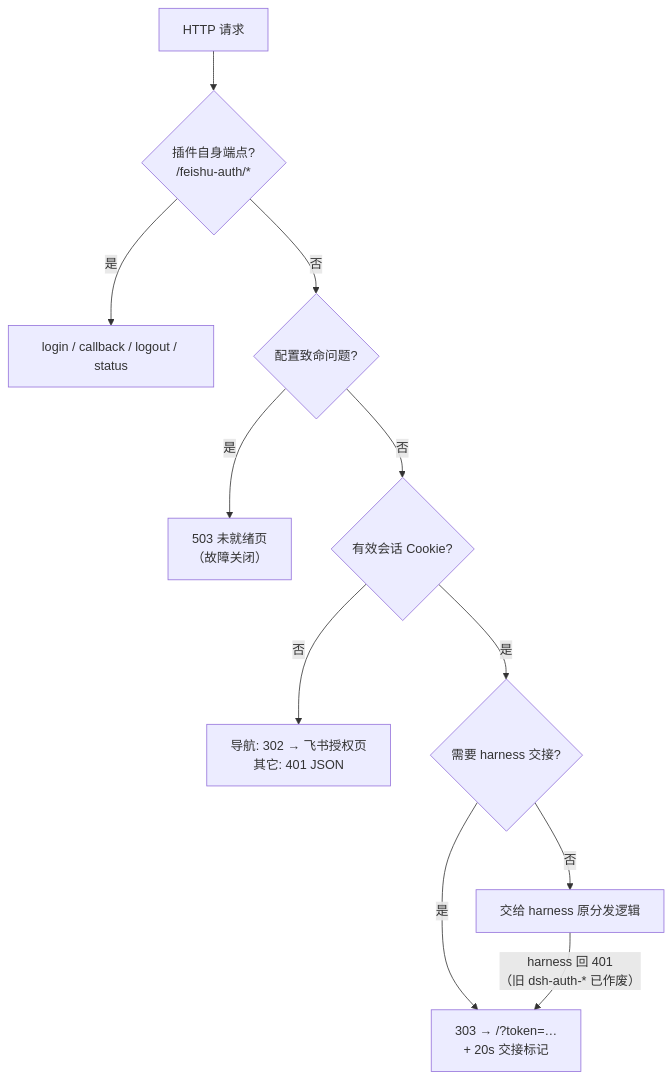
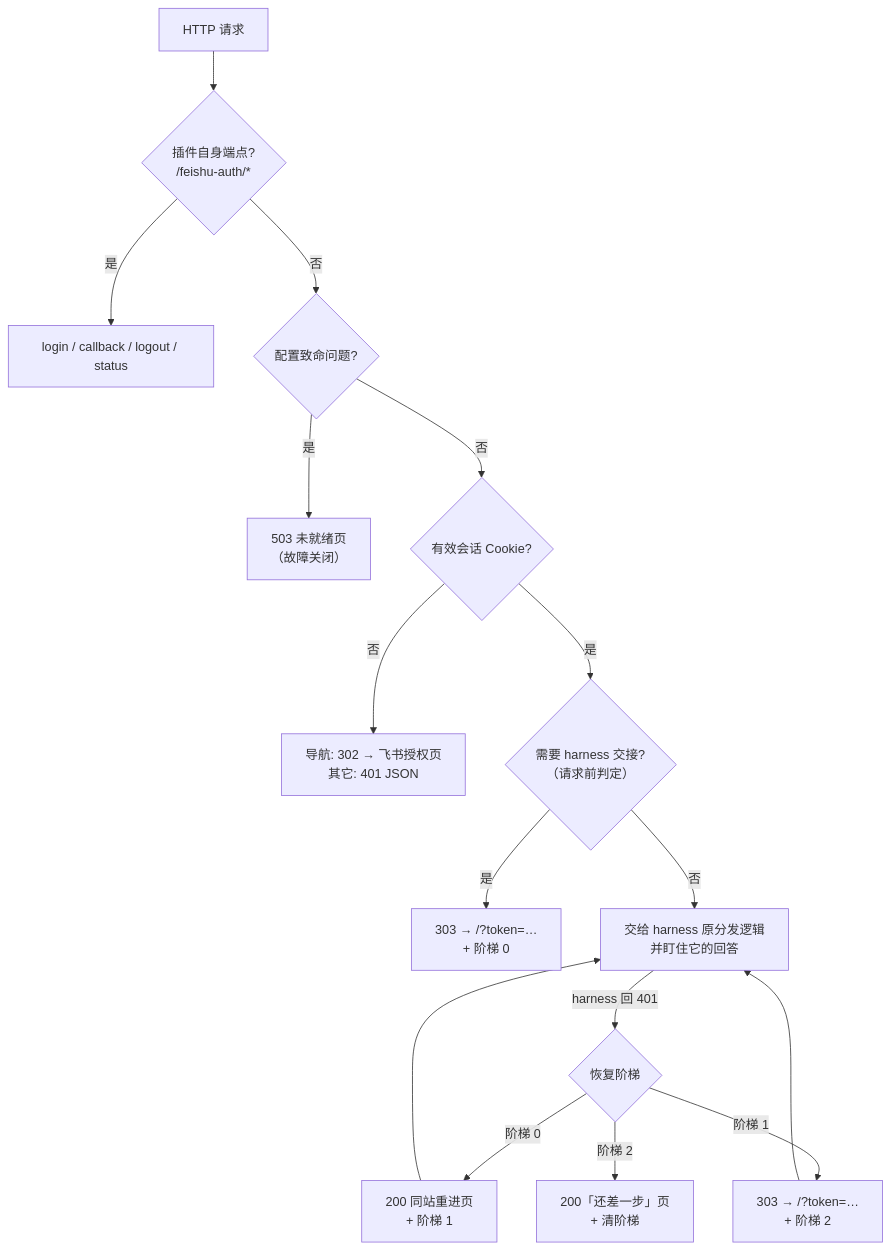
Before and after one commit to jianghuifr/dsh-feishu-auth: the first of 3 diagrams in docs/architecture.md, drawn with Mermaid. The commit also changed other lines of this file and 6 other files, not shown here.

````diff
--- a/docs/architecture.md
+++ b/docs/architecture.md
@@ -9,13 +9,18 @@
 ```mermaid
 flowchart TB
     R["HTTP 请求"] --> OW{"插件自身端点?<br/>/feishu-auth/*"}
     OW -->|"是"| H["login / callback / logout / status"]
     OW -->|"否"| CFG{"配置致命问题?"}
     CFG -->|"是"| FC["503 未就绪页<br/>（故障关闭）"]
     CFG -->|"否"| AU{"有效会话 Cookie?"}
     AU -->|"否"| DN["导航: 302 → 飞书授权页<br/>其它: 401 JSON"]
-    AU -->|"是"| HO{"需要 harness 交接?"}
-    HO -->|"是"| EX["303 → /?token=…<br/>+ 20s 交接标记"]
-    HO -->|"否"| PS["交给 harness 原分发逻辑"]
-    PS -->|"harness 回 401<br/>（旧 dsh-auth-* 已作废）"| EX
+    AU -->|"是"| HO{"需要 harness 交接?<br/>（请求前判定）"}
+    HO -->|"是"| EX["303 → /?token=…<br/>+ 阶梯 0"]
+    HO -->|"否"| PS["交给 harness 原分发逻辑<br/>并盯住它的回答"]
+    PS -->|"harness 回 401"| LD{"恢复阶梯"}
+    LD -->|"阶梯 0"| EN["200 同站重进页<br/>+ 阶梯 1"]
+    LD -->|"阶梯 1"| EX2["303 → /?token=…<br/>+ 阶梯 2"]
+    LD -->|"阶梯 2"| ST["200「还差一步」页<br/>+ 清阶梯"]
+    EN --> PS
+    EX2 --> PS
 ```
````
